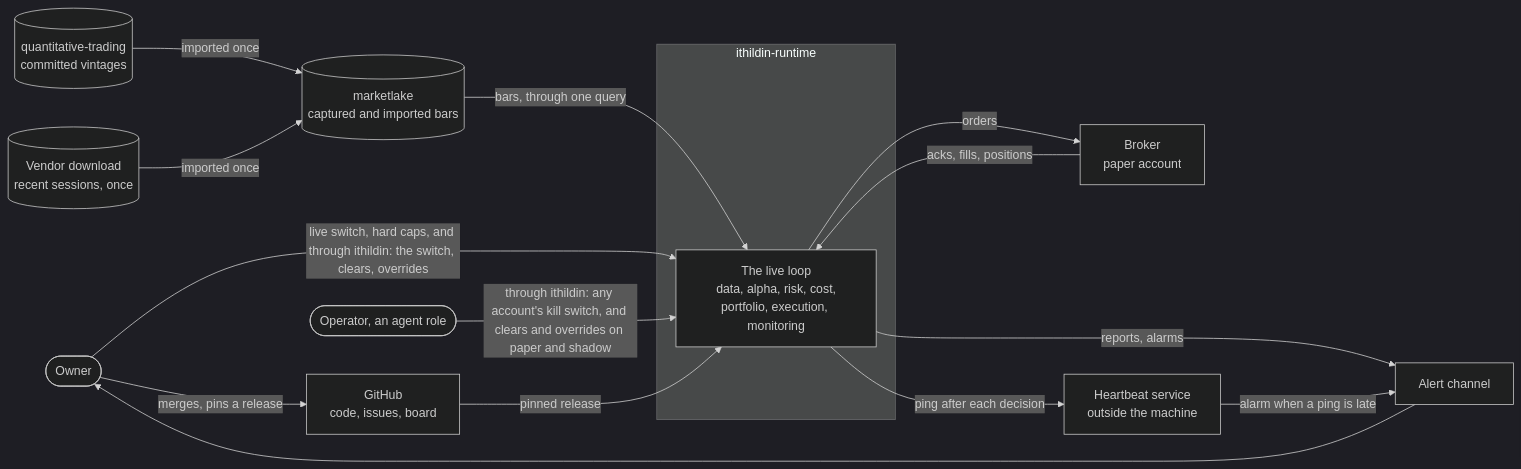
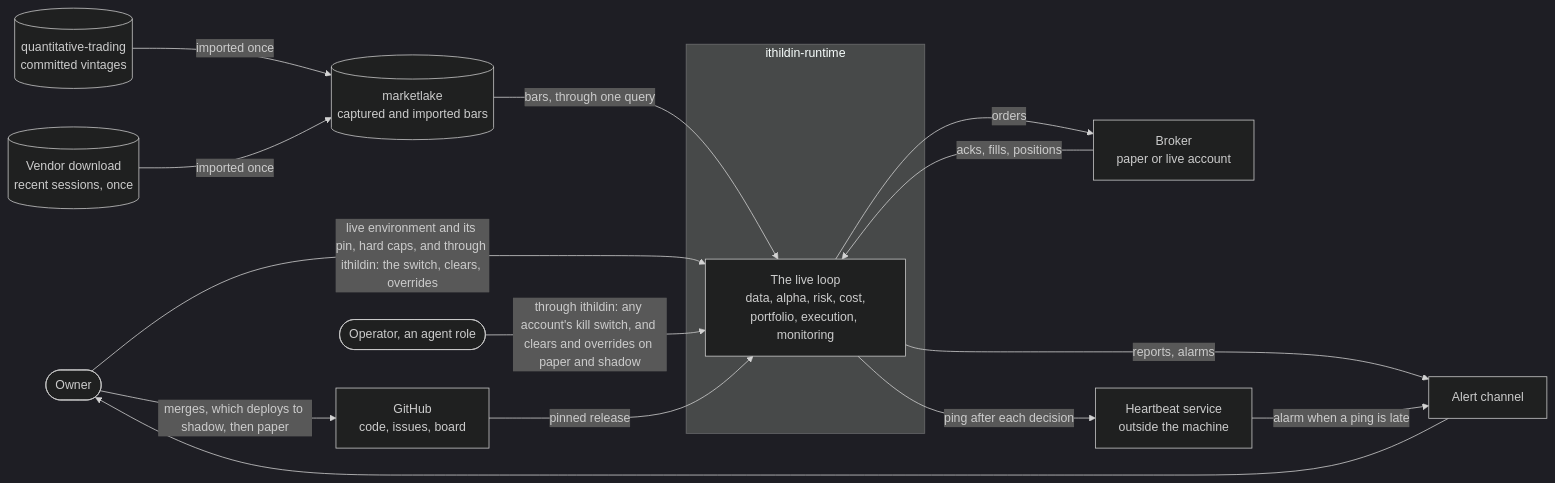
The first of 16 diagrams in docs/architecture.md (l3a0/ithildin-runtime), drawn with Mermaid (dark theme) before and after one commit. The commit also changed other lines of this file and 2 other files, not shown here.

First line of the commit message:
docs(architecture): add the deploy pipeline and apply the environments review

````diff
--- a/docs/architecture.md
+++ b/docs/architecture.md
@@ -134,29 +134,29 @@
 ```mermaid
 flowchart LR
     owner(["Owner"])
     operator(["Operator, an agent role"])
     subgraph platform["ithildin-runtime"]
         loop["The live loop<br/>data, alpha, risk, cost,<br/>portfolio, execution, monitoring"]
     end
     qt[("quantitative-trading<br/>committed vintages")]
     vendor[("Vendor download<br/>recent sessions, once")]
     lake[("marketlake<br/>captured and imported bars")]
-    broker["Broker<br/>paper account"]
+    broker["Broker<br/>paper or live account"]
     alerts["Alert channel"]
     heartbeat["Heartbeat service<br/>outside the machine"]
     github["GitHub<br/>code, issues, board"]
 
     qt -->|"imported once"| lake
     vendor -->|"imported once"| lake
     lake -->|"bars, through one query"| loop
     loop -->|"orders"| broker
     broker -->|"acks, fills, positions"| loop
     loop -->|"reports, alarms"| alerts
     loop -->|"ping after each decision"| heartbeat
     heartbeat -->|"alarm when a ping is late"| alerts
     alerts --> owner
-    owner -->|"live switch, hard caps, and through ithildin: the switch, clears, overrides"| loop
+    owner -->|"live environment and its pin, hard caps, and through ithildin: the switch, clears, overrides"| loop
     operator -->|"through ithildin: any account's kill switch, and clears and overrides on paper and shadow"| loop
-    owner -->|"merges, pins a release"| github
+    owner -->|"merges, which deploys to shadow, then paper"| github
     github -->|"pinned release"| loop
 ```
````
